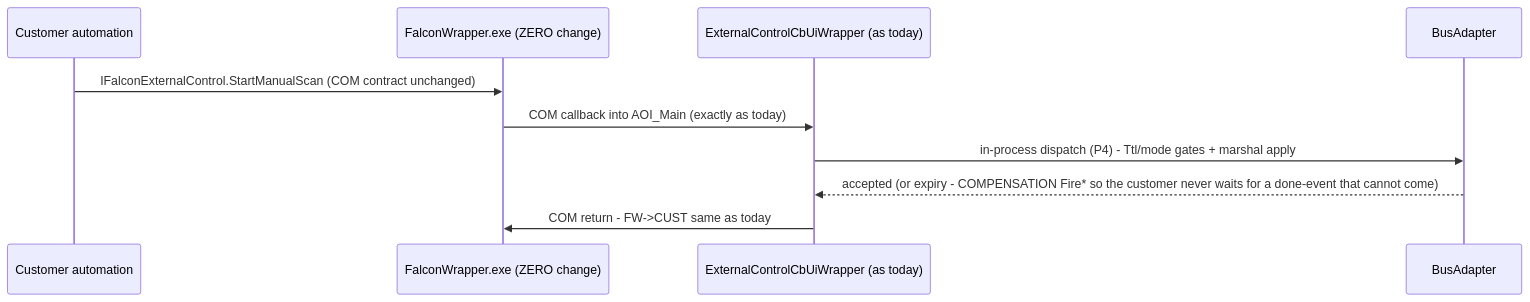
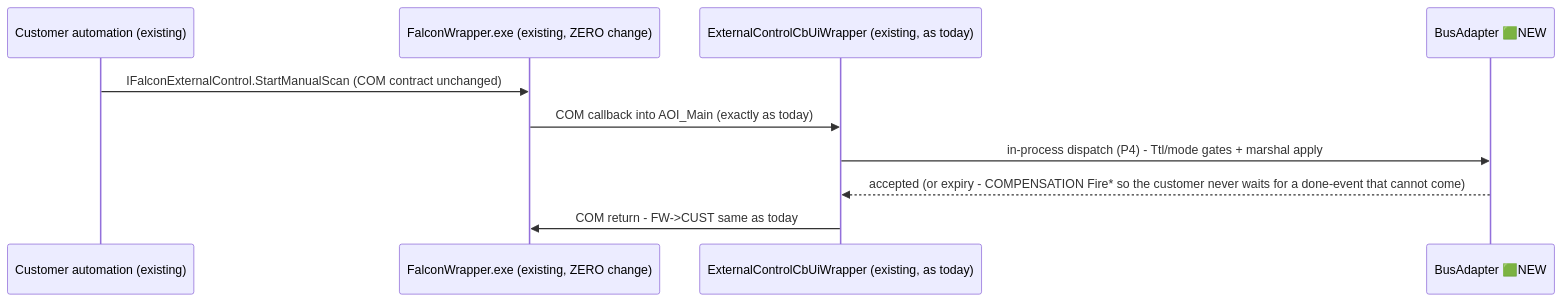
The tenth of 10 diagrams in stage/03-appendix-four-lanes.md (amitA-camtek/bus_gateway), drawn with Mermaid before and after one commit. The commit also changed other lines of this file and 11 other files, not shown here.

````diff
--- a/stage/03-appendix-four-lanes.md
+++ b/stage/03-appendix-four-lanes.md
@@ -371,13 +392,13 @@
 ```mermaid
 sequenceDiagram
-    participant CUST as Customer automation
-    participant FW as FalconWrapper.exe (ZERO change)
-    participant W as ExternalControlCbUiWrapper (as today)
-    participant BA as BusAdapter
+    participant CUST as Customer automation (existing)
+    participant FW as FalconWrapper.exe (existing, ZERO change)
+    participant W as ExternalControlCbUiWrapper (existing, as today)
+    participant BA as BusAdapter 🟩NEW
 
     CUST->>FW: IFalconExternalControl.StartManualScan (COM contract unchanged)
     FW->>W: COM callback into AOI_Main (exactly as today)
     W->>BA: in-process dispatch (P4) - Ttl/mode gates + marshal apply
     BA-->>W: accepted (or expiry - COMPENSATION Fire* so the customer never waits for a done-event that cannot come)
     W->>FW: COM return - FW->CUST same as today
 ```
````
